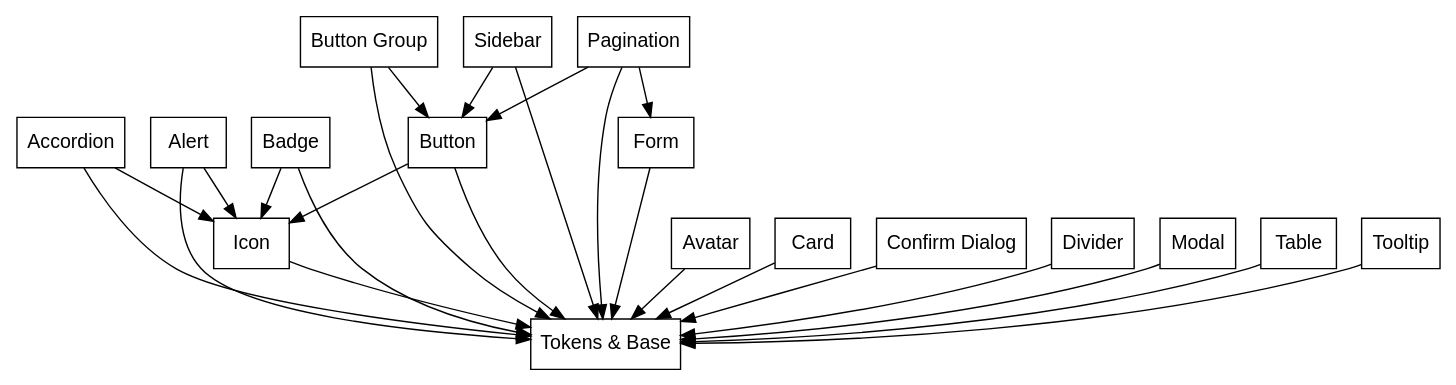
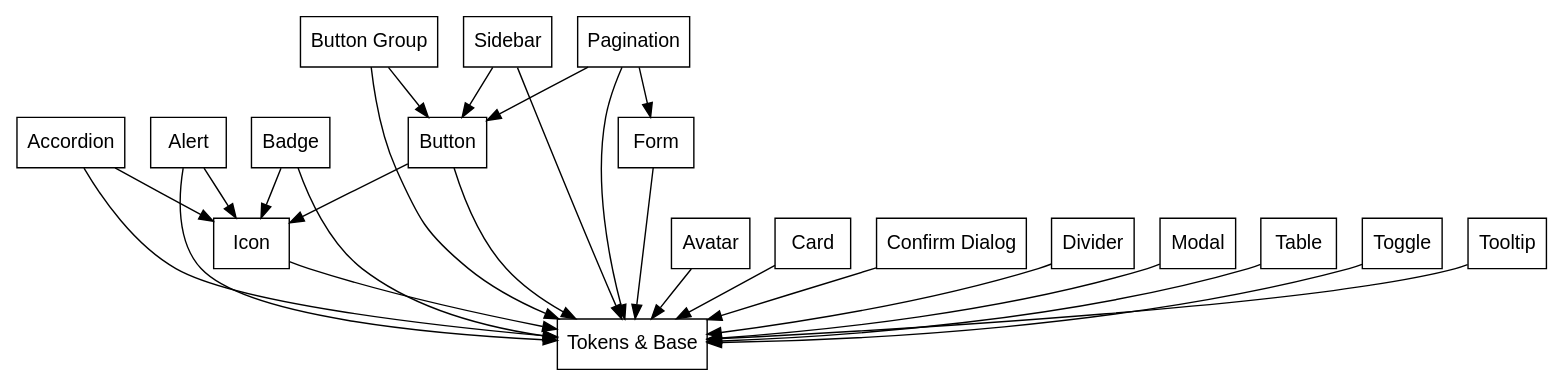
Before and after one commit to RoleModel/optics: the diagram in tools/generate-graph.dot, drawn with Graphviz. The commit also changed 1 other file, not shown here.

Commit message:
Update dependency graph

```diff
--- a/tools/generate-graph.dot
+++ b/tools/generate-graph.dot
@@ -1,39 +1,40 @@
 digraph dependencies {
   fontname = "Helvetica,Arial,sans-serif";
   node [fontname = "Helvetica,Arial,sans-serif";];
   edge [fontname = "Helvetica,Arial,sans-serif";];
   node [shape = box;];
   "Tokens & Base";
   
   "Accordion" -> "Tokens & Base";
   "Accordion" -> "Icon";
   
   "Alert" -> "Tokens & Base";
   "Alert" -> "Icon";
   
   "Badge" -> "Tokens & Base";
   "Badge" -> "Icon";
   
   "Button" -> "Tokens & Base";
   "Button" -> "Icon";
   
   "Button Group" -> "Tokens & Base";
   "Button Group" -> "Button";
   
   "Sidebar" -> "Tokens & Base";
   "Sidebar" -> "Button";
   
   "Pagination" -> "Button";
   "Pagination" -> "Form";
   "Pagination" -> "Tokens & Base";
   
   "Avatar" -> "Tokens & Base";
   "Card" -> "Tokens & Base";
   "Confirm Dialog" -> "Tokens & Base";
   "Divider" -> "Tokens & Base";
   "Form" -> "Tokens & Base";
   "Icon" -> "Tokens & Base";
   "Modal" -> "Tokens & Base";
   "Table" -> "Tokens & Base";
+  "Toggle" -> "Tokens & Base";
   "Tooltip" -> "Tokens & Base";
 }
```
